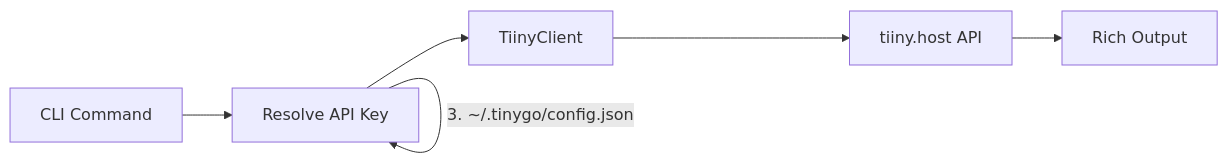
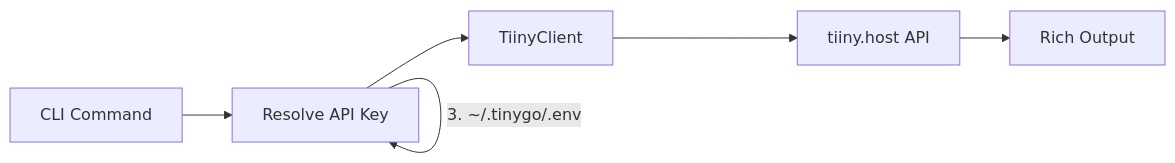
The diagram in README.md (msifoss/tinygo), drawn with Mermaid before and after one commit. The commit also changed other lines of this file and 2 other files, not shown here.

First line of the commit message:
Update docs to reflect .env + YAML config migration

````diff
--- a/README.md
+++ b/README.md
@@ -267,11 +268,11 @@
 ```mermaid
 flowchart LR
     A[CLI Command] --> B[Resolve API Key]
     B --> C[TiinyClient]
     C --> D[tiiny.host API]
     D --> E[Rich Output]
 
     B -- "1. --api-key flag" --> B
     B -- "2. TIINY_API_KEY env" --> B
-    B -- "3. ~/.tinygo/config.json" --> B
+    B -- "3. ~/.tinygo/.env" --> B
 ```
````
